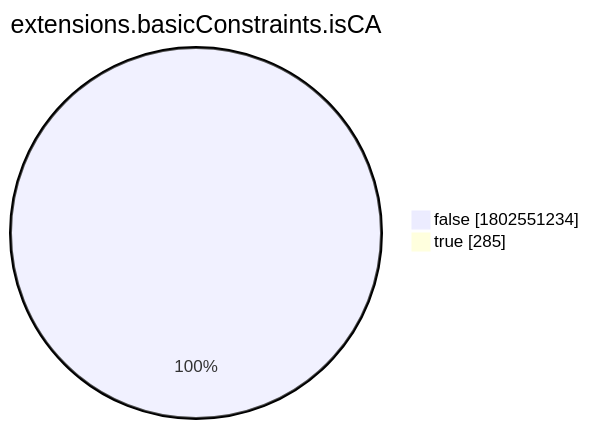
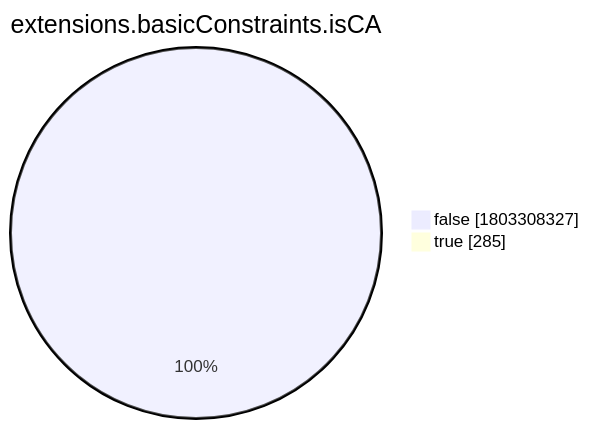
Before and after one commit to christiankrug/ctmonitor_visualization: the eighth of 15 diagrams in xenon2022/README.md, drawn with Mermaid. The commit also changed other lines of this file, not shown here.

````diff
--- a/xenon2022/README.md
+++ b/xenon2022/README.md
@@ -2868,6 +2868,6 @@
 ```mermaid
 pie showData
 title extensions.basicConstraints.isCA
-"false" :1802551234
+"false" :1803308327
 "true" :285
 ```
````
